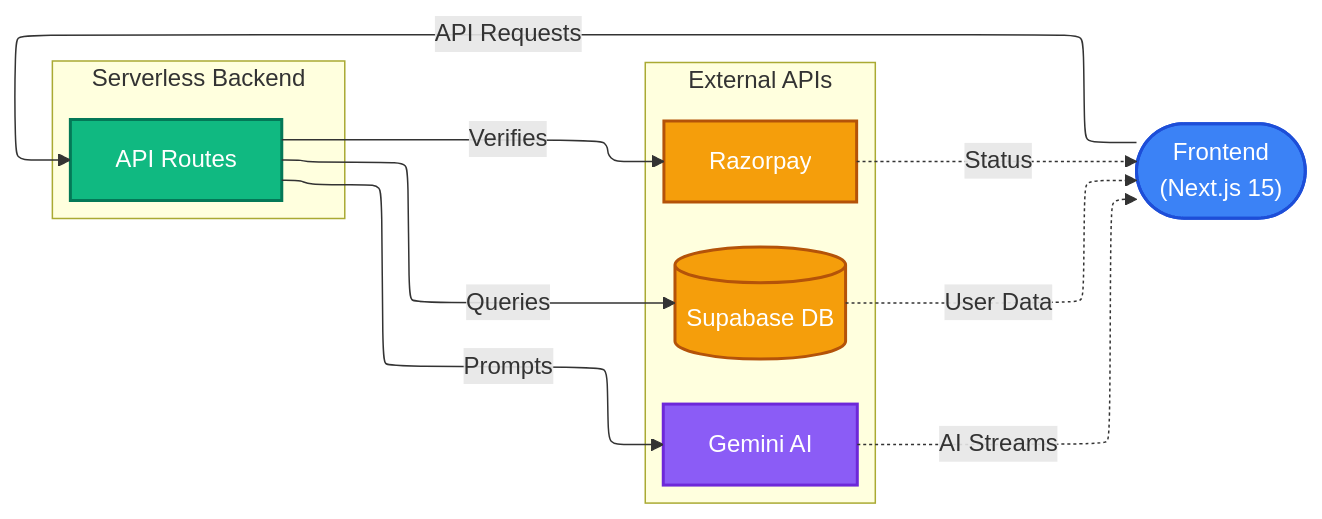
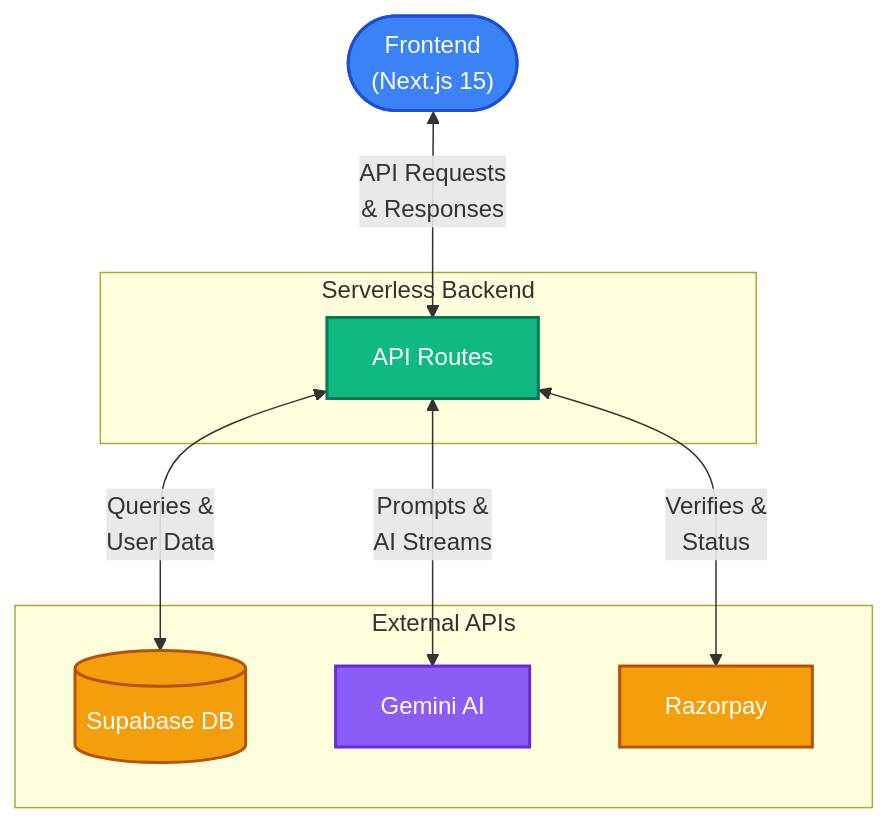
One commit to divyanshus2404/BlueBottleCap-Saas changed the fourth of 4 diagrams in README.md. Above: the diagram before and after it, drawn with Mermaid. The commit also changed other lines of this file, not shown here.

Commit message:
style: aggressively format mermaid charts for maximum readability and zero overlap

````diff
--- a/README.md
+++ b/README.md
@@ -88,37 +88,31 @@
 ```mermaid
-%%{init: {"flowchart": {"defaultRenderer": "elk", "nodeSpacing": 100, "rankSpacing": 100}}}%%
-graph LR
+%%{init: {"flowchart": {"nodeSpacing": 60, "rankSpacing": 60}}}%%
+graph TD
     UI(["Frontend<br/>(Next.js 15)"]) 
 
     subgraph Backend [Serverless Backend]
-        direction TB
         API["API Routes"]
     end
 
     subgraph Services [External APIs]
-        direction TB
         DB[("Supabase DB")]
         AI["Gemini AI"]
         Pay["Razorpay"]
     end
 
-    UI -->|API Requests| API
+    UI <-->|API Requests<br/>& Responses| API
     
-    API -->|Queries| DB
-    API -->|Prompts| AI
-    API -->|Verifies| Pay
-
-    DB -.->|User Data| UI
-    AI -.->|AI Streams| UI
-    Pay -.->|Status| UI
+    API <-->|Queries &<br/>User Data| DB
+    API <-->|Prompts &<br/>AI Streams| AI
+    API <-->|Verifies &<br/>Status| Pay
 
     classDef ui fill:#3B82F6,stroke:#1D4ED8,stroke-width:2px,color:#fff;
     classDef api fill:#10B981,stroke:#047857,stroke-width:2px,color:#fff;
     classDef db fill:#F59E0B,stroke:#B45309,stroke-width:2px,color:#fff;
     classDef ai fill:#8B5CF6,stroke:#6D28D9,stroke-width:2px,color:#fff;
     
     class UI ui;
     class API api;
     class DB,Pay db;
     class AI ai;
 ```
````
